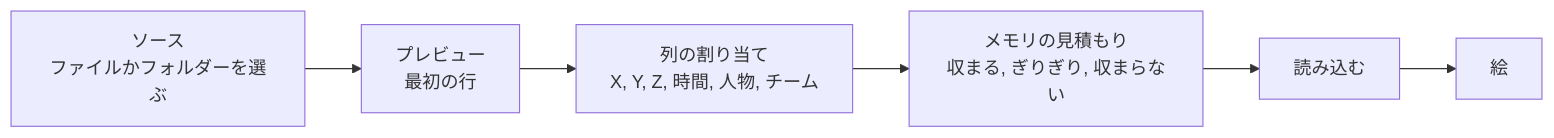
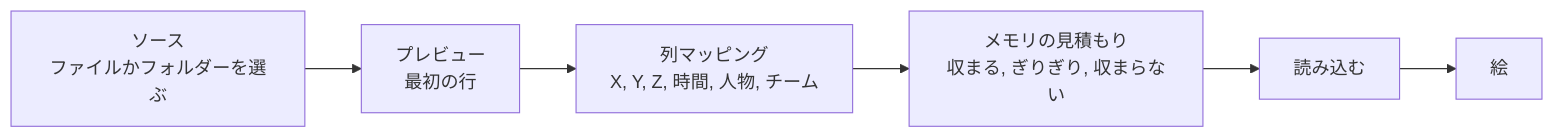
The diagram in docs/_ja/getting-data-in.md (Holdi601/3DHeat), drawn with Mermaid before and after one commit. The commit also changed other lines of this file and 593 other files, not shown here.

````diff
--- a/docs/_ja/getting-data-in.md
+++ b/docs/_ja/getting-data-in.md
@@ -23,8 +23,8 @@
 ```mermaid
 flowchart LR
   A["ソース<br/>ファイルかフォルダーを選ぶ"] --> B["プレビュー<br/>最初の行"]
-  B --> C["列の割り当て<br/>X, Y, Z, 時間, 人物, チーム"]
+  B --> C["列マッピング<br/>X, Y, Z, 時間, 人物, チーム"]
   C --> D["メモリの見積もり<br/>収まる, ぎりぎり, 収まらない"]
   D --> E["読み込む"]
   E --> F["絵"]
 ```
````
